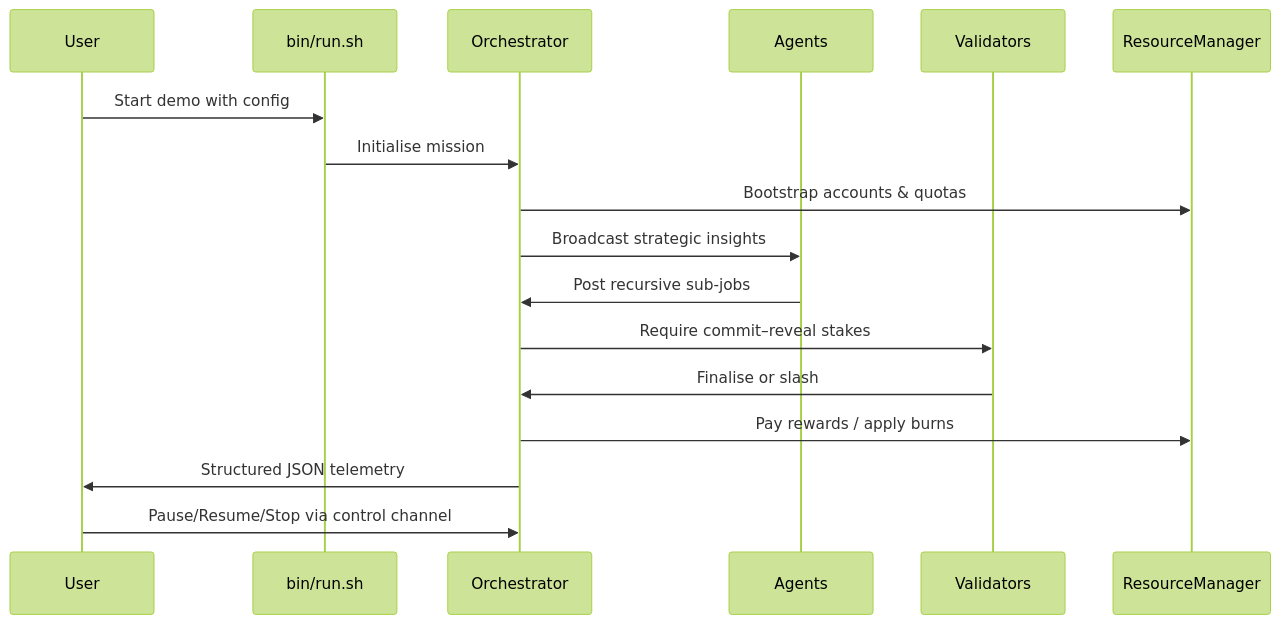
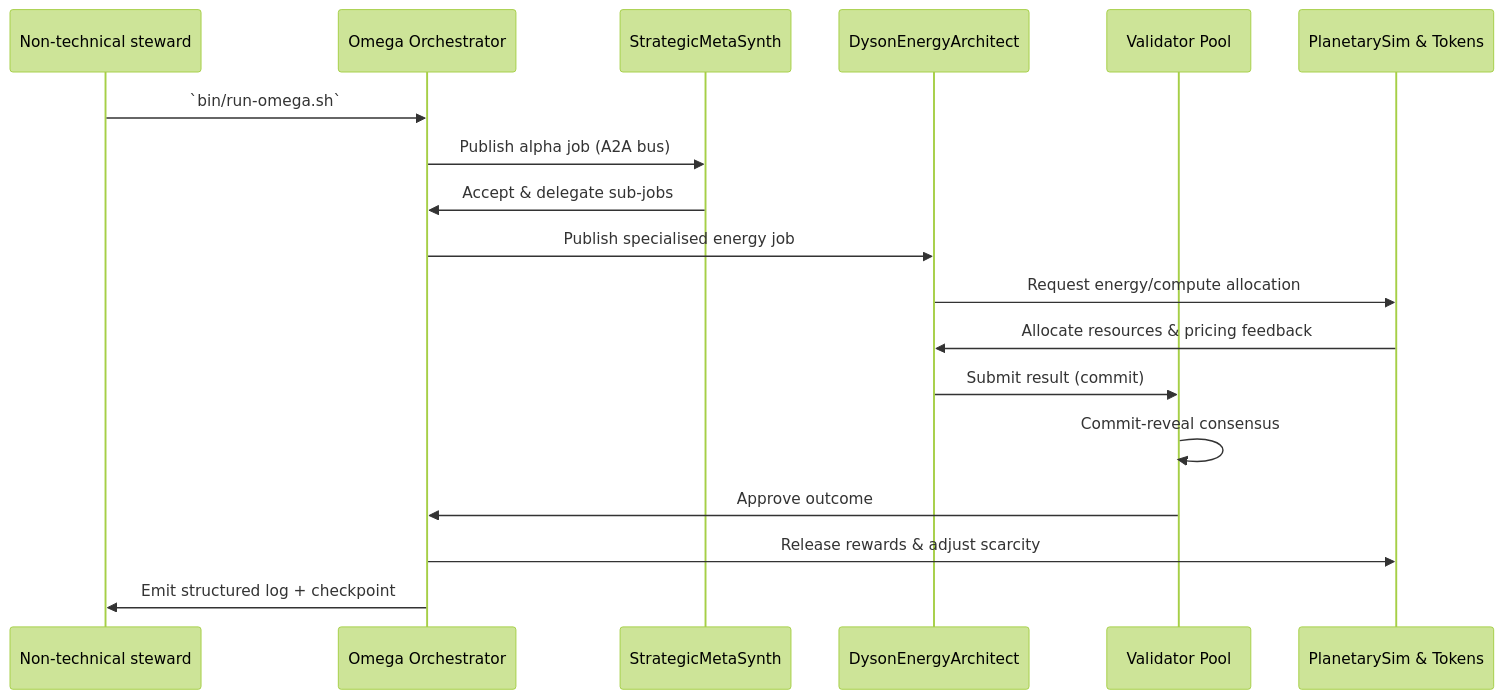
One commit to MontrealAI/AGIJobsv0 changed the second of 2 diagrams in demo/Kardashev-II Omega-Grade-α-AGI Business-3/README.md. Above: the diagram before and after it, drawn with Mermaid (forest theme). The commit also changed other lines of this file and 22 other files, not shown here.

Commit message:
Add Kardashev-II Omega-Grade Business demo orchestrator

````diff
--- a/demo/Kardashev-II Omega-Grade-α-AGI Business-3/README.md
+++ b/demo/Kardashev-II Omega-Grade-α-AGI Business-3/README.md
@@ -96,20 +64,21 @@
 ```mermaid
 sequenceDiagram
-    participant User
-    participant Launcher as bin/run.sh
-    participant Orchestrator
-    participant Agents
-    participant Validators
-    participant Ledger as ResourceManager
+    participant User as Non-technical steward
+    participant Orchestrator as Omega Orchestrator
+    participant Strategy as StrategicMetaSynth
+    participant Energy as DysonEnergyArchitect
+    participant Validators as Validator Pool
+    participant Economy as PlanetarySim & Tokens
 
-    User->>Launcher: Start demo with config
-    Launcher->>Orchestrator: Initialise mission
-    Orchestrator->>Ledger: Bootstrap accounts & quotas
-    Orchestrator->>Agents: Broadcast strategic insights
-    Agents->>Orchestrator: Post recursive sub-jobs
-    Orchestrator->>Validators: Require commit–reveal stakes
-    Validators->>Orchestrator: Finalise or slash
-    Orchestrator->>Ledger: Pay rewards / apply burns
-    Orchestrator->>User: Structured JSON telemetry
-    User->>Orchestrator: Pause/Resume/Stop via control channel
+    User->>Orchestrator: `bin/run-omega.sh`
+    Orchestrator->>Strategy: Publish alpha job (A2A bus)
+    Strategy->>Orchestrator: Accept & delegate sub-jobs
+    Orchestrator->>Energy: Publish specialised energy job
+    Energy->>Economy: Request energy/compute allocation
+    Economy->>Energy: Allocate resources & pricing feedback
+    Energy->>Validators: Submit result (commit)
+    Validators->>Validators: Commit-reveal consensus
+    Validators->>Orchestrator: Approve outcome
+    Orchestrator->>Economy: Release rewards & adjust scarcity
+    Orchestrator->>User: Emit structured log + checkpoint
 ```
````
